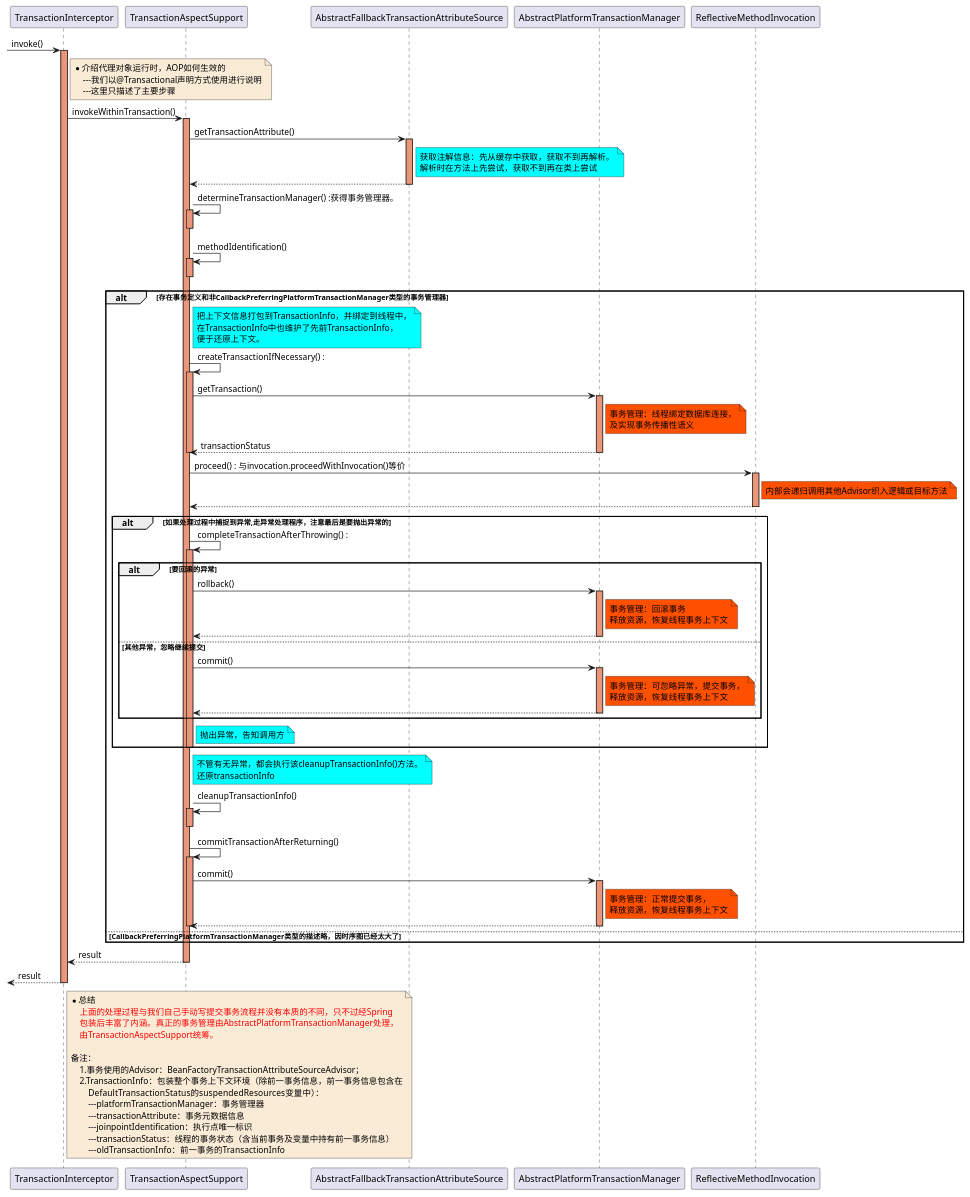
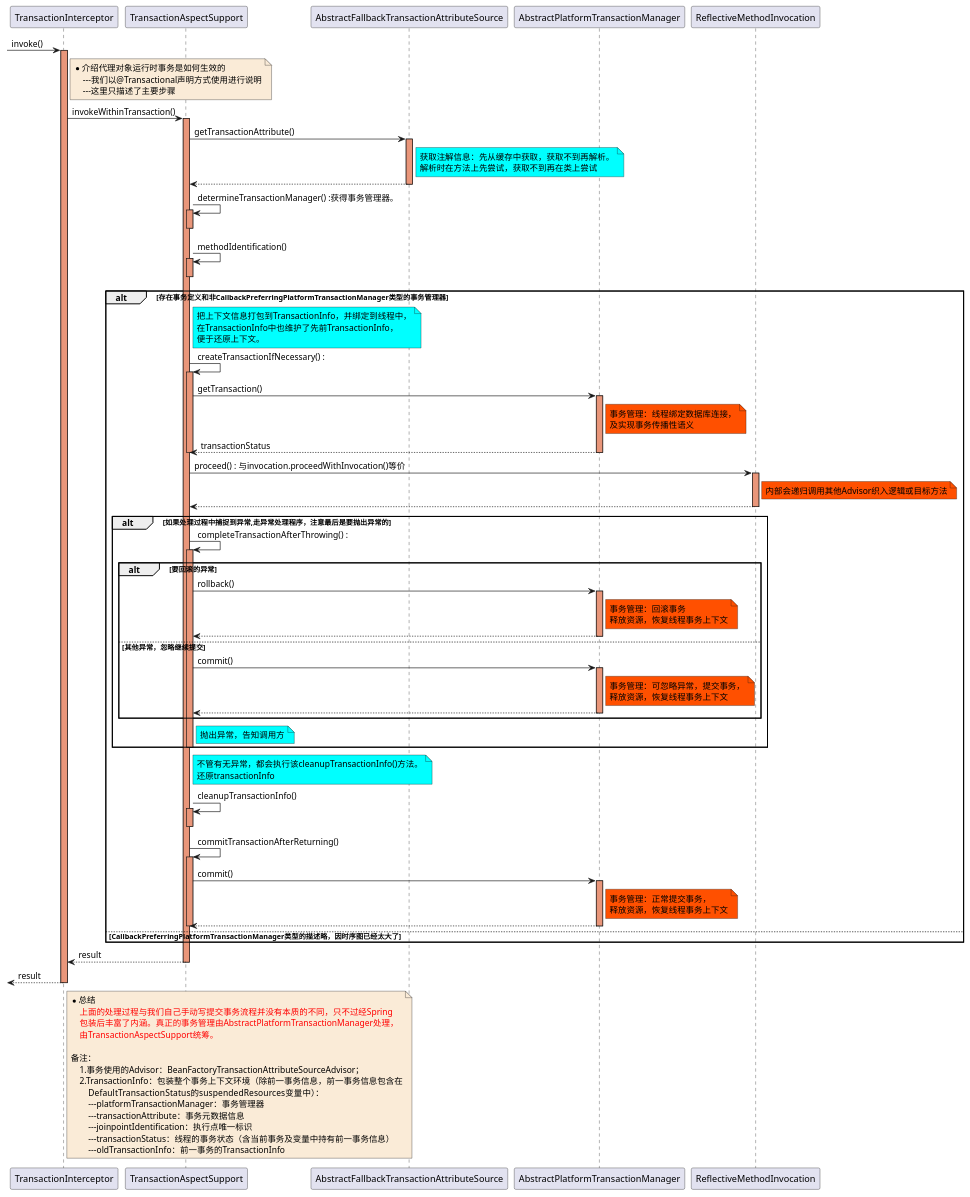
The diagram in document/spring/data/sequence/Transaction-Transaction_invoke-sequence.puml (czwer/learn-spring-code), drawn with PlantUML before and after one commit. The commit also changed 14 other files, not shown here.

Commit message:
修改缓存类图，时序图

```diff
--- a/document/spring/data/sequence/Transaction-Transaction_invoke-sequence.puml
+++ b/document/spring/data/sequence/Transaction-Transaction_invoke-sequence.puml
@@ -1,142 +1,142 @@
 @startuml
 -> TransactionInterceptor: invoke()
 activate TransactionInterceptor #DarkSalmon
 
 note right of TransactionInterceptor #FAEBD7
-    *介绍代理对象运行时，AOP如何生效的
+    *介绍代理对象运行时事务是如何生效的
         ---我们以@Transactional声明方式使用进行说明
         ---这里只描述了主要步骤
 end note
 
     TransactionInterceptor -> TransactionAspectSupport : invokeWithinTransaction()
     activate TransactionAspectSupport #DarkSalmon
 
         TransactionAspectSupport -> AbstractFallbackTransactionAttributeSource: getTransactionAttribute()
         activate AbstractFallbackTransactionAttributeSource #DarkSalmon
             note right of AbstractFallbackTransactionAttributeSource #aqua
                 获取注解信息：先从缓存中获取，获取不到再解析。
                 解析时在方法上先尝试，获取不到再在类上尝试
             end note
         AbstractFallbackTransactionAttributeSource --> TransactionAspectSupport
         deactivate AbstractFallbackTransactionAttributeSource
 
         TransactionAspectSupport -> TransactionAspectSupport : determineTransactionManager() :获得事务管理器。
         activate TransactionAspectSupport #DarkSalmon
         deactivate TransactionAspectSupport
 
         TransactionAspectSupport -> TransactionAspectSupport : methodIdentification()
         activate TransactionAspectSupport #DarkSalmon
         deactivate TransactionAspectSupport
 
         alt 存在事务定义和非CallbackPreferringPlatformTransactionManager类型的事务管理器
 
             note right of TransactionAspectSupport #aqua
                 把上下文信息打包到TransactionInfo，并绑定到线程中，
                 在TransactionInfo中也维护了先前TransactionInfo，
                 便于还原上下文。
             end note
             TransactionAspectSupport -> TransactionAspectSupport : createTransactionIfNecessary() :
             activate TransactionAspectSupport #DarkSalmon
                 TransactionAspectSupport -> AbstractPlatformTransactionManager : getTransaction()
                 activate AbstractPlatformTransactionManager #DarkSalmon
                     note right of AbstractPlatformTransactionManager #FF5000
                         事务管理：线程绑定数据库连接，
                         及实现事务传播性语义
                     end note
                 AbstractPlatformTransactionManager --> TransactionAspectSupport : transactionStatus
                 deactivate AbstractPlatformTransactionManager
             deactivate TransactionAspectSupport
 
             TransactionAspectSupport -> ReflectiveMethodInvocation : proceed() : 与invocation.proceedWithInvocation()等价
             activate ReflectiveMethodInvocation #DarkSalmon
                 note right of ReflectiveMethodInvocation #FF5000
                     内部会递归调用其他Advisor织入逻辑或目标方法
                 end note
             ReflectiveMethodInvocation --> TransactionAspectSupport
             deactivate ReflectiveMethodInvocation
 
             alt 如果处理过程中捕捉到异常,走异常处理程序，注意最后是要抛出异常的
 
                 TransactionAspectSupport -> TransactionAspectSupport : completeTransactionAfterThrowing() :
                 activate TransactionAspectSupport #DarkSalmon
 
                     alt 要回滚的异常
 
                         TransactionAspectSupport -> AbstractPlatformTransactionManager : rollback()
                         activate AbstractPlatformTransactionManager #DarkSalmon
                             note right of AbstractPlatformTransactionManager #FF5000
                                 事务管理：回滚事务
                                 释放资源，恢复线程事务上下文
                             end note
                         AbstractPlatformTransactionManager --> TransactionAspectSupport
                         deactivate AbstractPlatformTransactionManager
 
                     else 其他异常，忽略继续提交
 
                         TransactionAspectSupport -> AbstractPlatformTransactionManager : commit()
                         activate AbstractPlatformTransactionManager #DarkSalmon
                             note right of AbstractPlatformTransactionManager #FF5000
                                 事务管理：可忽略异常，提交事务，
                                 释放资源，恢复线程事务上下文
                             end note
                         AbstractPlatformTransactionManager --> TransactionAspectSupport
                         deactivate AbstractPlatformTransactionManager
 
                     end
 
                     note right of TransactionAspectSupport #aqua
                         抛出异常，告知调用方
                     end note
 
                 deactivate TransactionAspectSupport
 
             end
 
             note right of TransactionAspectSupport #aqua
                 不管有无异常，都会执行该cleanupTransactionInfo()方法。
                 还原transactionInfo
             end note
             TransactionAspectSupport -> TransactionAspectSupport : cleanupTransactionInfo()
             activate TransactionAspectSupport #DarkSalmon
             deactivate TransactionAspectSupport
 
             TransactionAspectSupport -> TransactionAspectSupport : commitTransactionAfterReturning()
             activate TransactionAspectSupport #DarkSalmon
                 TransactionAspectSupport -> AbstractPlatformTransactionManager : commit()
                 activate AbstractPlatformTransactionManager #DarkSalmon
                     note right of AbstractPlatformTransactionManager #FF5000
                         事务管理：正常提交事务，
                         释放资源，恢复线程事务上下文
                     end note
                 AbstractPlatformTransactionManager --> TransactionAspectSupport
                 deactivate AbstractPlatformTransactionManager
             deactivate TransactionAspectSupport
 
         else CallbackPreferringPlatformTransactionManager类型的描述略，因时序图已经太大了
 
         end
 
     TransactionAspectSupport --> TransactionInterceptor : result
     deactivate TransactionAspectSupport
 
 <-- TransactionInterceptor: result
 deactivate TransactionInterceptor
 
 note right of TransactionInterceptor #FAEBD7
     *总结
         <font color=red>上面的处理过程与我们自己手动写提交事务流程并没有本质的不同，只不过经Spring</font>
         <font color=red>包装后丰富了内涵。真正的事务管理由AbstractPlatformTransactionManager处理，</font>
         <font color=red>由TransactionAspectSupport统筹。</font>
 
     备注：
         1.事务使用的Advisor：BeanFactoryTransactionAttributeSourceAdvisor；
         2.TransactionInfo：包装整个事务上下文环境（除前一事务信息，前一事务信息包含在
             DefaultTransactionStatus的suspendedResources变量中）：
             ---platformTransactionManager：事务管理器
             ---transactionAttribute：事务元数据信息
             ---joinpointIdentification：执行点唯一标识
             ---transactionStatus：线程的事务状态（含当前事务及变量中持有前一事务信息）
             ---oldTransactionInfo：前一事务的TransactionInfo
 end note
 
 @enduml
```
